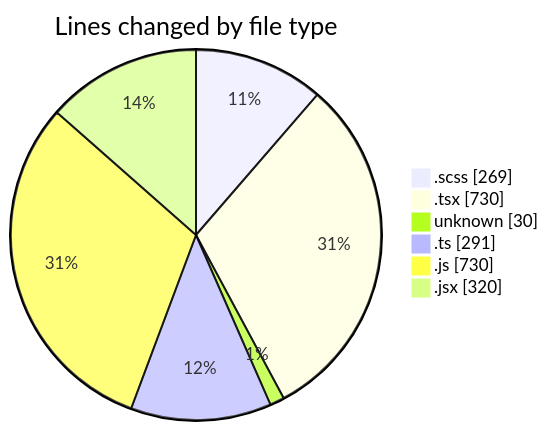
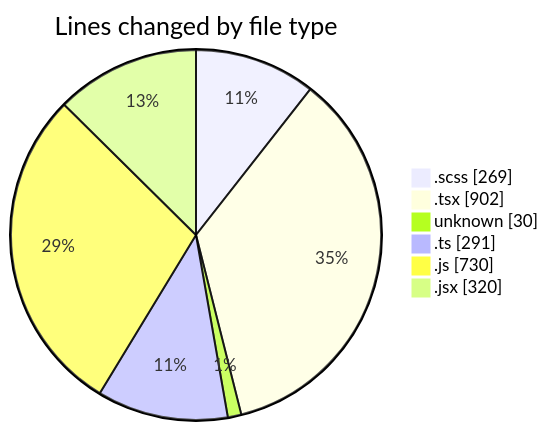
One commit to momahboobian/code-tracking changed the first of 2 diagrams in 2025-03-05/cda/README.md. Above: the diagram before and after it, drawn with Mermaid. The commit also changed other lines of this file and 1 other file, not shown here.

````diff
--- a/2025-03-05/cda/README.md
+++ b/2025-03-05/cda/README.md
@@ -40,10 +41,10 @@
 ```mermaid
 pie showData
 title Lines changed by file type
 ".scss" : 269
-".tsx" : 730
+".tsx" : 902
 "unknown" : 30
 ".ts" : 291
 ".js" : 730
 ".jsx" : 320
 ```
````
